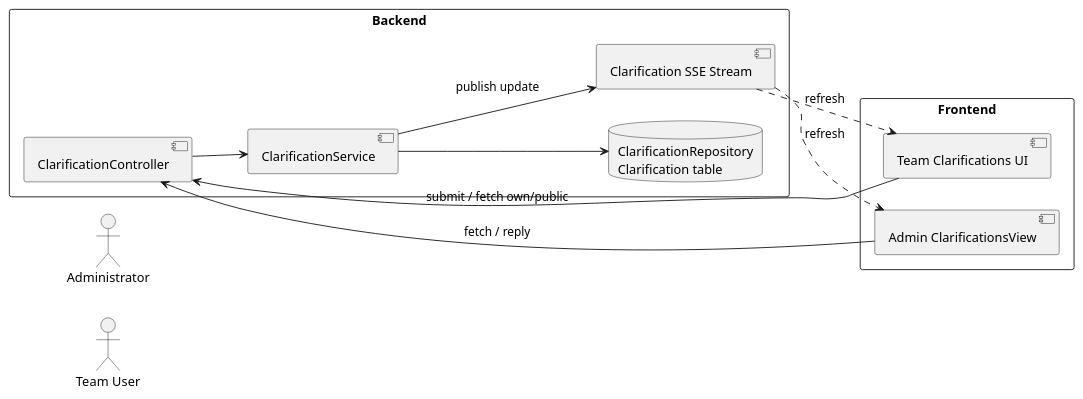
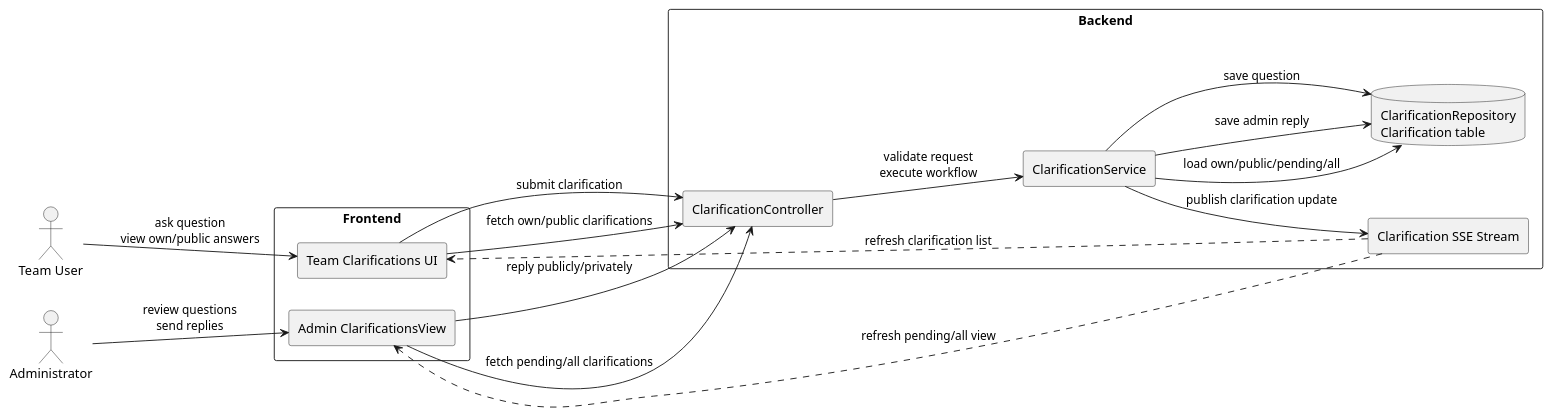
Before and after one commit to AuraC-graduate-project/AuraC2: diagram 12 of 18 in docs/report-rebuild/diagram-prompts.md, drawn with PlantUML. The commit also changed 9 other files, not shown here.

Commit message:
Fix Judge0 UTF-8 dispatch failures by enabling base64_encoded=true and Base64-encoding source_code, stdin, and expected_output across oracle execution, judging, and custom validator flows

````diff
--- a/docs/report-rebuild/diagram-prompts.md
+++ b/docs/report-rebuild/diagram-prompts.md
@@ -537,24 +537,44 @@
 ```plantuml
 @startuml
 left to right direction
+
+skinparam componentStyle rectangle
+skinparam shadowing false
+
 actor "Team User" as Team
-actor Administrator as Admin
-rectangle "Frontend" as Frontend {
-  [Team Clarifications UI]
-  [Admin ClarificationsView]
+actor "Administrator" as Admin
+
+rectangle "Frontend" as FE {
+  component "Team Clarifications UI" as TeamUI
+  component "Admin ClarificationsView" as AdminUI
 }
-rectangle "Backend" as Backend {
-  [ClarificationController]
-  [ClarificationService]
-  database "ClarificationRepository\nClarification table" as CDB
-  [Clarification SSE Stream]
+
+rectangle "Backend" as BE {
+  component "ClarificationController" as Controller
+  component "ClarificationService" as Service
+  database "ClarificationRepository\nClarification table" as Repo
+  component "Clarification SSE Stream" as SSE
 }
-[Team Clarifications UI] --> [ClarificationController] : submit / fetch own/public
-[Admin ClarificationsView] --> [ClarificationController] : fetch / reply
-[ClarificationController] --> [ClarificationService]
-[ClarificationService] --> CDB
-[ClarificationService] --> [Clarification SSE Stream] : publish update
-[Clarification SSE Stream] ..> [Team Clarifications UI] : refresh
-[Clarification SSE Stream] ..> [Admin ClarificationsView] : refresh
+
+Team --> TeamUI : ask question\nview own/public answers
+Admin --> AdminUI : review questions\nsend replies
+
+TeamUI --> Controller : submit clarification
+TeamUI --> Controller : fetch own/public clarifications
+
+AdminUI --> Controller : fetch pending/all clarifications
+AdminUI --> Controller : reply publicly/privately
+
+Controller --> Service : validate request\nexecute workflow
+
+Service --> Repo : save question
+Service --> Repo : load own/public/pending/all
+Service --> Repo : save admin reply
+
+Service --> SSE : publish clarification update
+
+SSE ..> TeamUI : refresh clarification list
+SSE ..> AdminUI : refresh pending/all view
+
 @enduml
 ```
````
